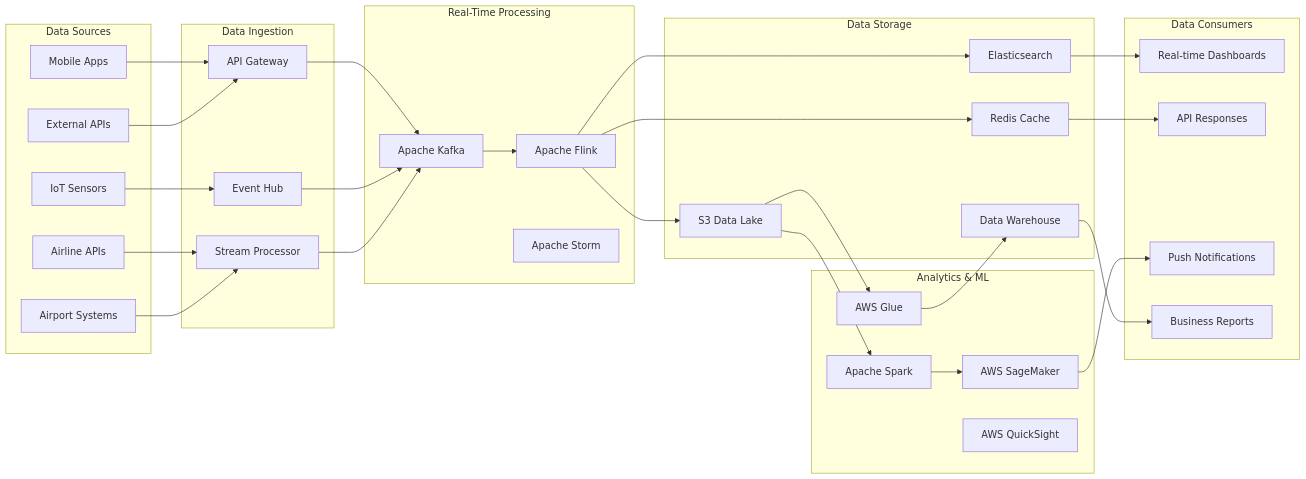
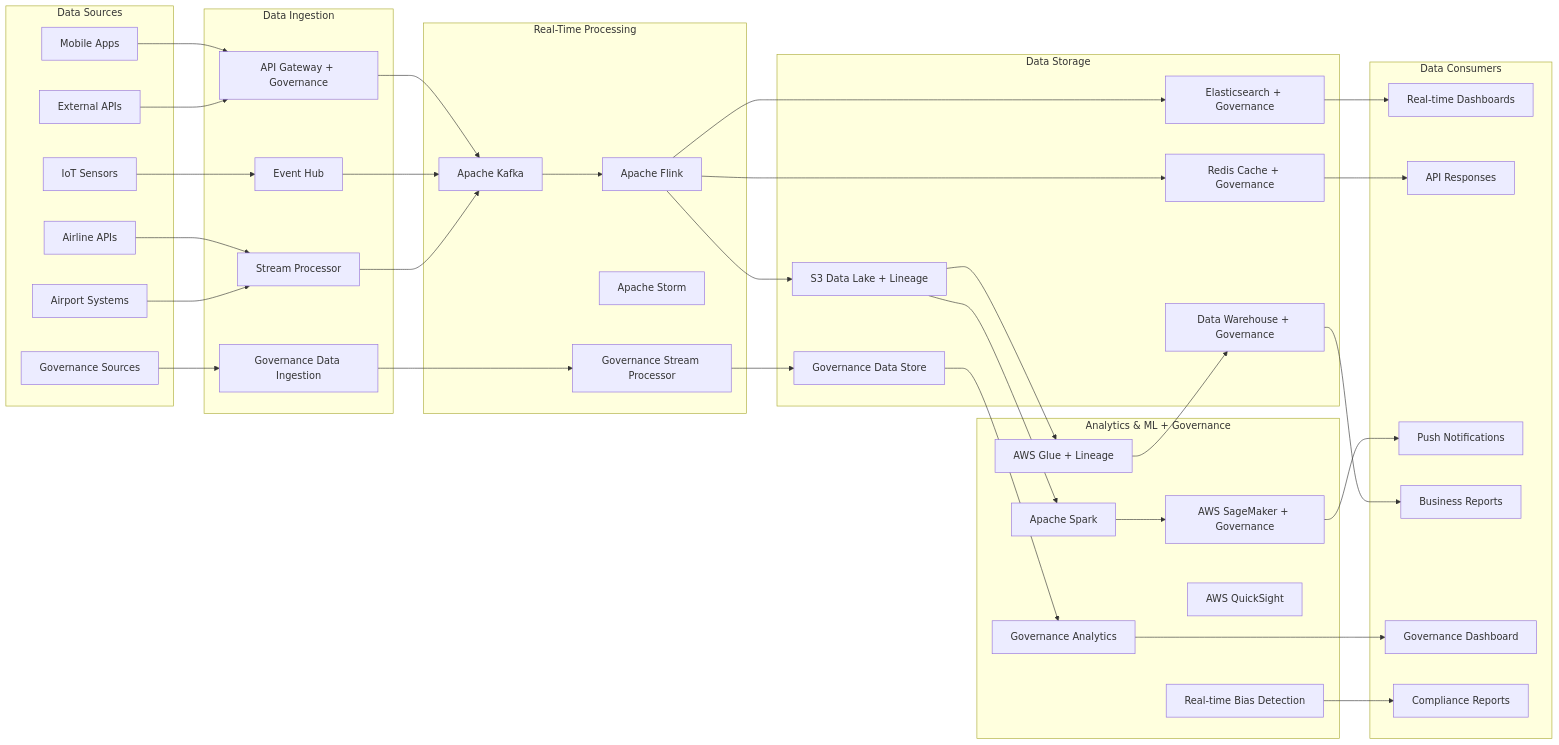
One commit to suprachakra/AeroFusionXR changed the second of 2 diagrams in docs/Technical/01_Tech_Architecture/01_Overview.md. Above: the diagram before and after it, drawn with Mermaid. The commit also changed other lines of this file, not shown here.

````diff
--- a/docs/Technical/01_Tech_Architecture/01_Overview.md
+++ b/docs/Technical/01_Tech_Architecture/01_Overview.md
@@ -186,13 +213,15 @@
     Airlines[Airline APIs]
     Airports[Airport Systems]
     External[External APIs]
+    GovSources[Governance Sources]
   end
 
   %% Ingestion Layer
   subgraph "Data Ingestion"
-    APIGateway[API Gateway]
+    APIGateway[API Gateway + Governance]
     EventHub[Event Hub]
     StreamProcessor[Stream Processor]
+    GovIngestion[Governance Data Ingestion]
   end
 
   %% Processing Layer
@@ -200,22 +229,26 @@
     Kafka[Apache Kafka]
     Flink[Apache Flink]
     Storm[Apache Storm]
+    GovProcessor[Governance Stream Processor]
   end
 
   %% Storage Layer
   subgraph "Data Storage"
-    Lake[S3 Data Lake]
-    Warehouse[Data Warehouse]
-    Cache[Redis Cache]
-    Search[Elasticsearch]
+    Lake[S3 Data Lake + Lineage]
+    Warehouse[Data Warehouse + Governance]
+    Cache[Redis Cache + Governance]
+    Search[Elasticsearch + Governance]
+    GovStore[Governance Data Store]
   end
 
   %% Analytics Layer
-  subgraph "Analytics & ML"
+  subgraph "Analytics & ML + Governance"
     Spark[Apache Spark]
-    SageMaker[AWS SageMaker]
-    Glue[AWS Glue]
+    SageMaker[AWS SageMaker + Governance]
+    Glue[AWS Glue + Lineage]
     QuickSight[AWS QuickSight]
+    GovAnalytics[Governance Analytics]
+    BiasDetection[Real-time Bias Detection]
   end
 
   %% Output Layer
@@ -224,6 +257,8 @@
     APIs[API Responses]
     Notifications[Push Notifications]
     Reports[Business Reports]
+    GovDashboard[Governance Dashboard]
+    ComplianceReports[Compliance Reports]
   end
 
   %% Connections
@@ -232,23 +267,29 @@
   Airlines --> StreamProcessor
   Airports --> StreamProcessor
   External --> APIGateway
+  GovSources --> GovIngestion
 
   APIGateway --> Kafka
   EventHub --> Kafka
   StreamProcessor --> Kafka
+  GovIngestion --> GovProcessor
 
   Kafka --> Flink
   Flink --> Lake
   Flink --> Cache
   Flink --> Search
+  GovProcessor --> GovStore
 
   Lake --> Spark
   Spark --> SageMaker
   Lake --> Glue
   Glue --> Warehouse
+  GovStore --> GovAnalytics
 
   Cache --> APIs
   Search --> Dashboards
   SageMaker --> Notifications
   Warehouse --> Reports
+  GovAnalytics --> GovDashboard
+  BiasDetection --> ComplianceReports
 ```
````
